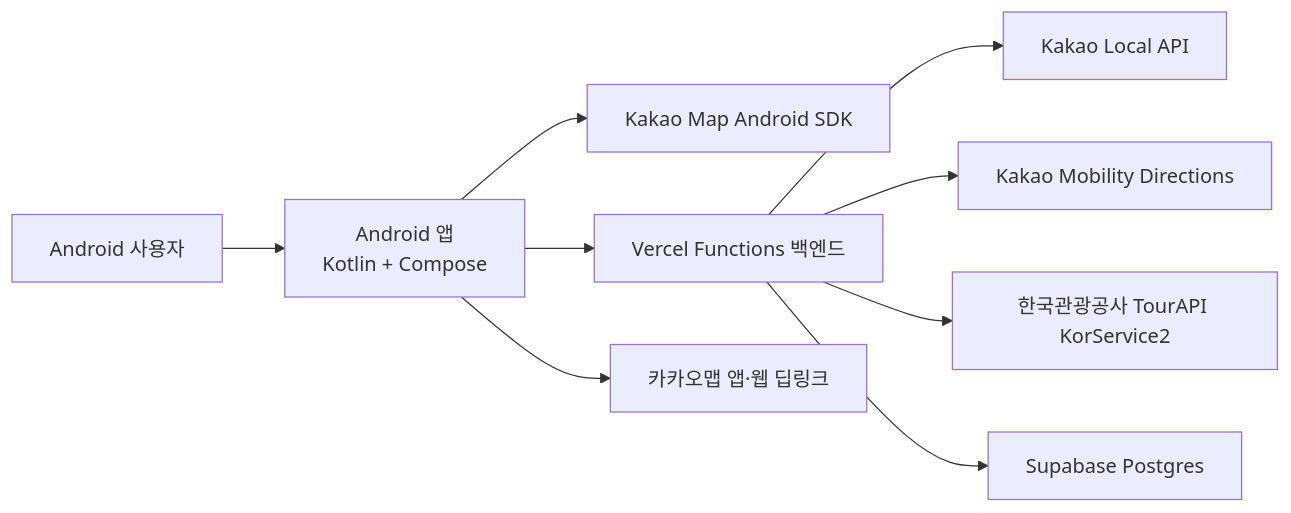
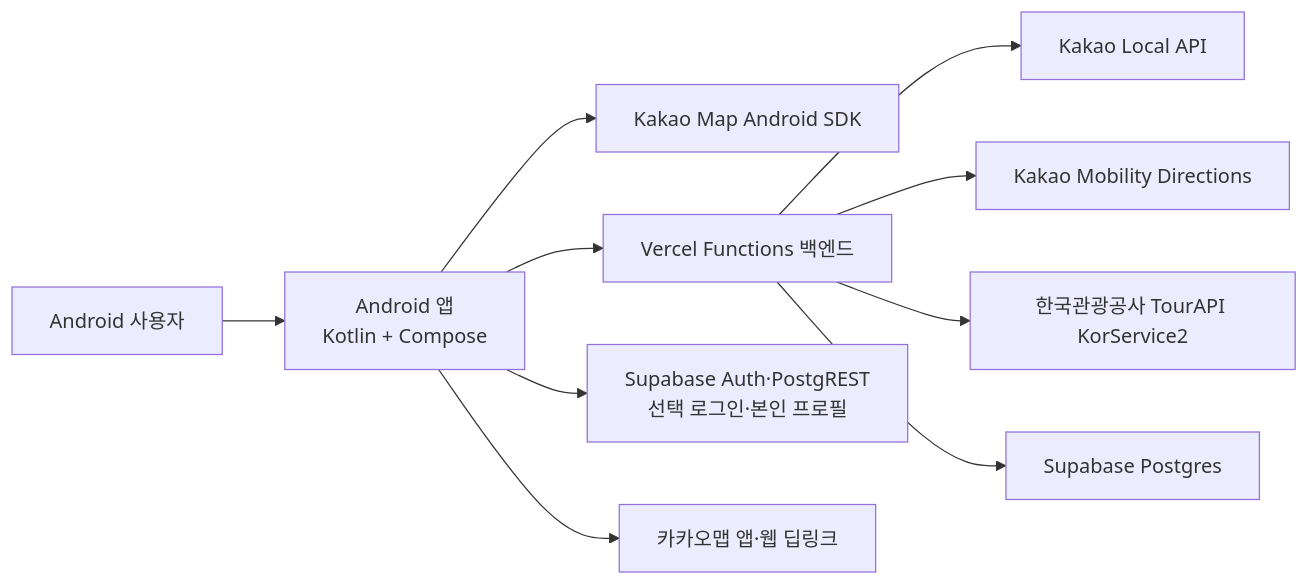
The first of 4 diagrams in docs/02_ARCHITECTURE.md (Newrred/tteumsae), drawn with Mermaid before and after one commit. The commit also changed other lines of this file and 8 other files, not shown here.

````diff
--- a/docs/02_ARCHITECTURE.md
+++ b/docs/02_ARCHITECTURE.md
@@ -5,11 +5,12 @@
 ```mermaid
 flowchart LR
     U["Android 사용자"] --> A["Android 앱\nKotlin + Compose"]
     A --> KM["Kakao Map Android SDK"]
     A --> B["Vercel Functions 백엔드"]
+    A --> SA["Supabase Auth·PostgREST\n선택 로그인·본인 프로필"]
     B --> KL["Kakao Local API"]
     B --> KMO["Kakao Mobility Directions"]
     B --> T["한국관광공사 TourAPI KorService2"]
     B --> S["Supabase Postgres"]
     A --> KA["카카오맵 앱·웹 딥링크"]
 ```
````
